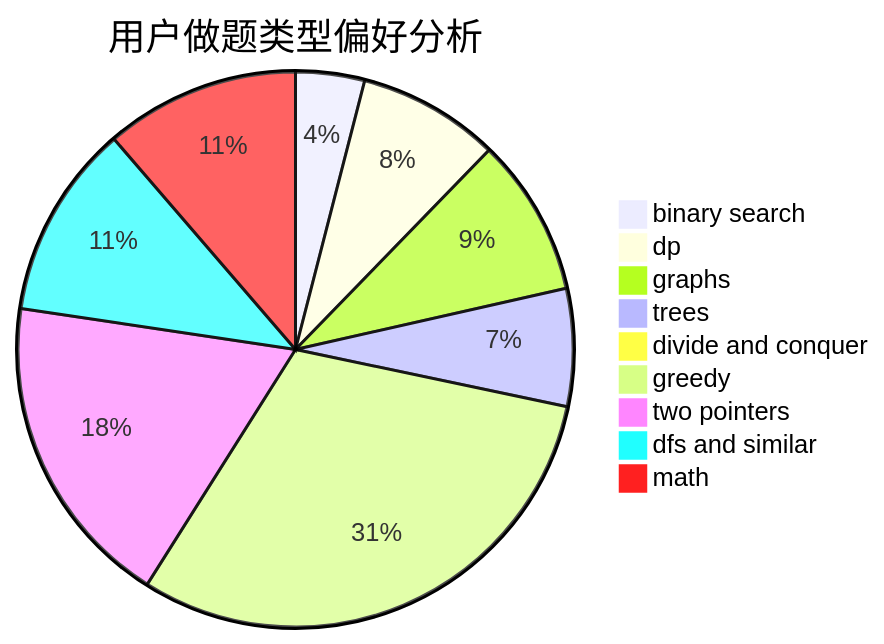
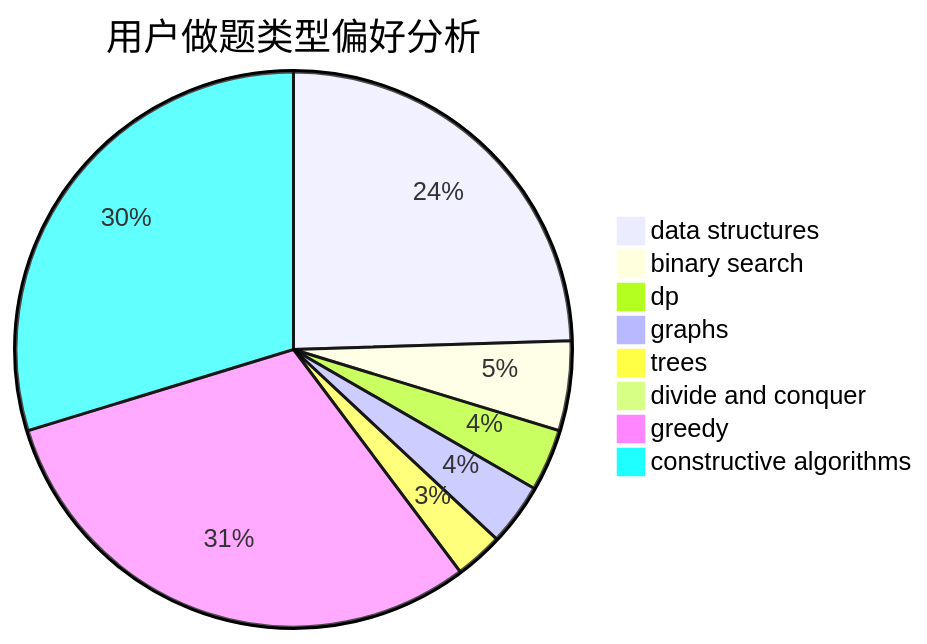
Before and after one commit to sherpahu/cfrs.github.io: the second of 3 diagrams in docs/user/u2391.md, drawn with Mermaid. The commit also changed other lines of this file and 2775 other files, not shown here.

````diff
--- a/docs/user/u2391.md
+++ b/docs/user/u2391.md
@@ -23,12 +23,11 @@
 ```mermaid
 pie title 用户做题类型偏好分析
-    "binary search" :  17
-    "dp" :  35
-    "graphs" :  39
-    "trees" :  29
+    "data structures" :  61
+    "binary search" :  13
+    "dp" :  9
+    "graphs" :  9
+    "trees" :  7
     "divide and conquer" :  0
-    "greedy" :  130
-    "two pointers" :  78
-    "dfs and similar" :  48
-    "math" :  48
+    "greedy" :  76
+    "constructive algorithms" :  74
 ```
````
